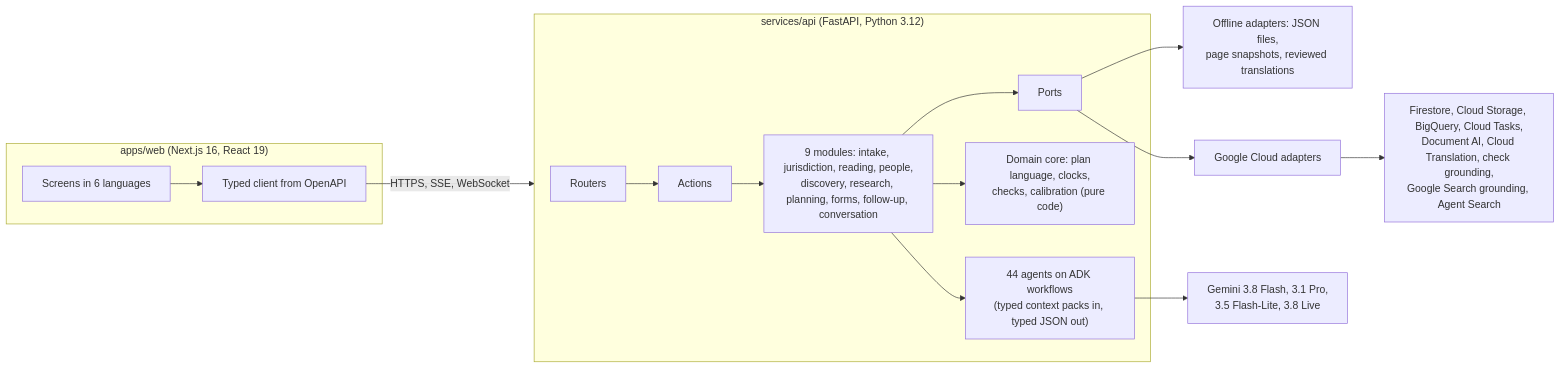
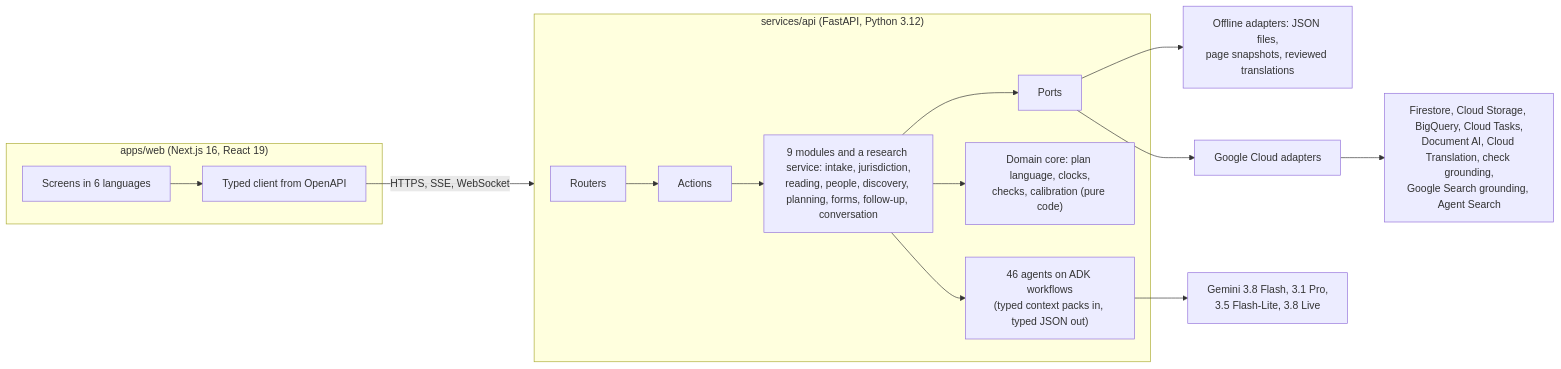
One commit to Nandan9911/afterledger changed the diagram in README.md. Above: the diagram before and after it, drawn with Mermaid. The commit also changed other lines of this file and 138 other files, not shown here.

````diff
--- a/README.md
+++ b/README.md
@@ -66,17 +67,17 @@
 ```mermaid
 flowchart LR
   subgraph Web["apps/web (Next.js 16, React 19)"]
     UI[Screens in 6 languages] --> Client[Typed client from OpenAPI]
   end
   Client -->|HTTPS, SSE, WebSocket| API
   subgraph API["services/api (FastAPI, Python 3.12)"]
-    Routers --> Actions --> Modules["9 modules: intake, jurisdiction, reading, people,<br/>discovery, research, planning, forms, follow-up, conversation"]
-    Modules --> Agents["44 agents on ADK workflows<br/>(typed context packs in, typed JSON out)"]
+    Routers --> Actions --> Modules["9 modules and a research service: intake, jurisdiction,<br/>reading, people, discovery, planning, forms, follow-up, conversation"]
+    Modules --> Agents["46 agents on ADK workflows<br/>(typed context packs in, typed JSON out)"]
     Modules --> Domain["Domain core: plan language, clocks,<br/>checks, calibration (pure code)"]
     Modules --> Ports
   end
   Ports --> Local["Offline adapters: JSON files,<br/>page snapshots, reviewed translations"]
   Ports --> GCP["Google Cloud adapters"]
   Agents --> Gemini["Gemini 3.8 Flash, 3.1 Pro,<br/>3.5 Flash-Lite, 3.8 Live"]
   GCP --> Services["Firestore, Cloud Storage, BigQuery, Cloud Tasks,<br/>Document AI, Cloud Translation, check grounding,<br/>Google Search grounding, Agent Search"]
 ```
````
